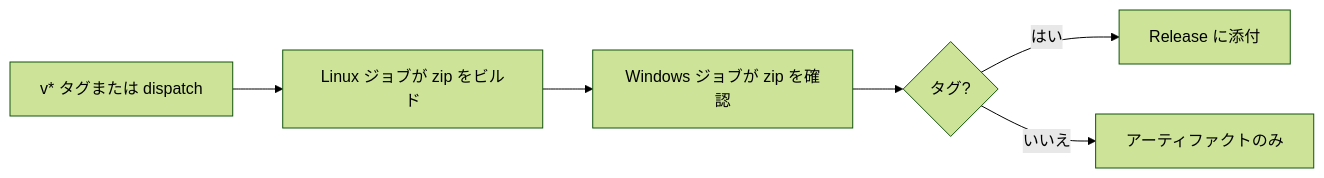
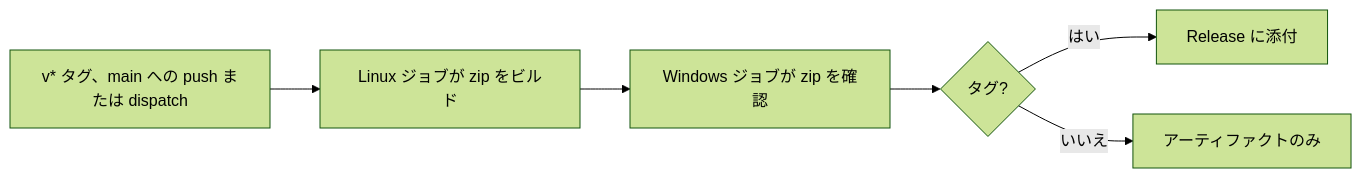
Before and after one commit to syudead/vv: the ninth of 9 diagrams in translations/ja/docs/design-docs/windows-app.md, drawn with Mermaid (forest theme). The commit also changed other lines of this file and 1 other file, not shown here.

First line of the commit message:
docs(ja): Windows app workflow の main での実行を訳に反映する

````diff
--- a/translations/ja/docs/design-docs/windows-app.md
+++ b/translations/ja/docs/design-docs/windows-app.md
@@ -220,8 +220,8 @@
 ```mermaid
 flowchart LR
-  tag[v* タグまたは dispatch] --> build[Linux ジョブが zip をビルド]
+  tag[v* タグ、main への push または dispatch] --> build[Linux ジョブが zip をビルド]
   build --> verify[Windows ジョブが zip を確認]
   verify --> tagged{タグ?}
   tagged -->|はい| release[Release に添付]
   tagged -->|いいえ| artifact[アーティファクトのみ]
 ```
````
